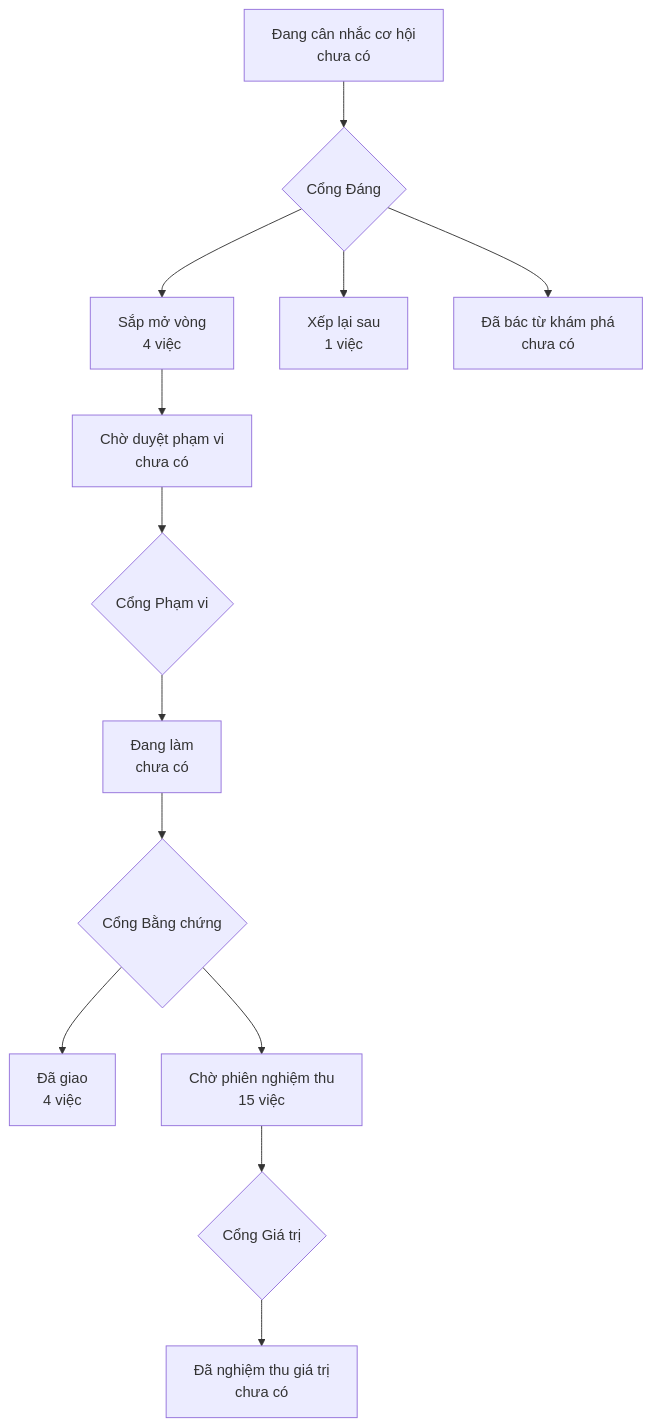
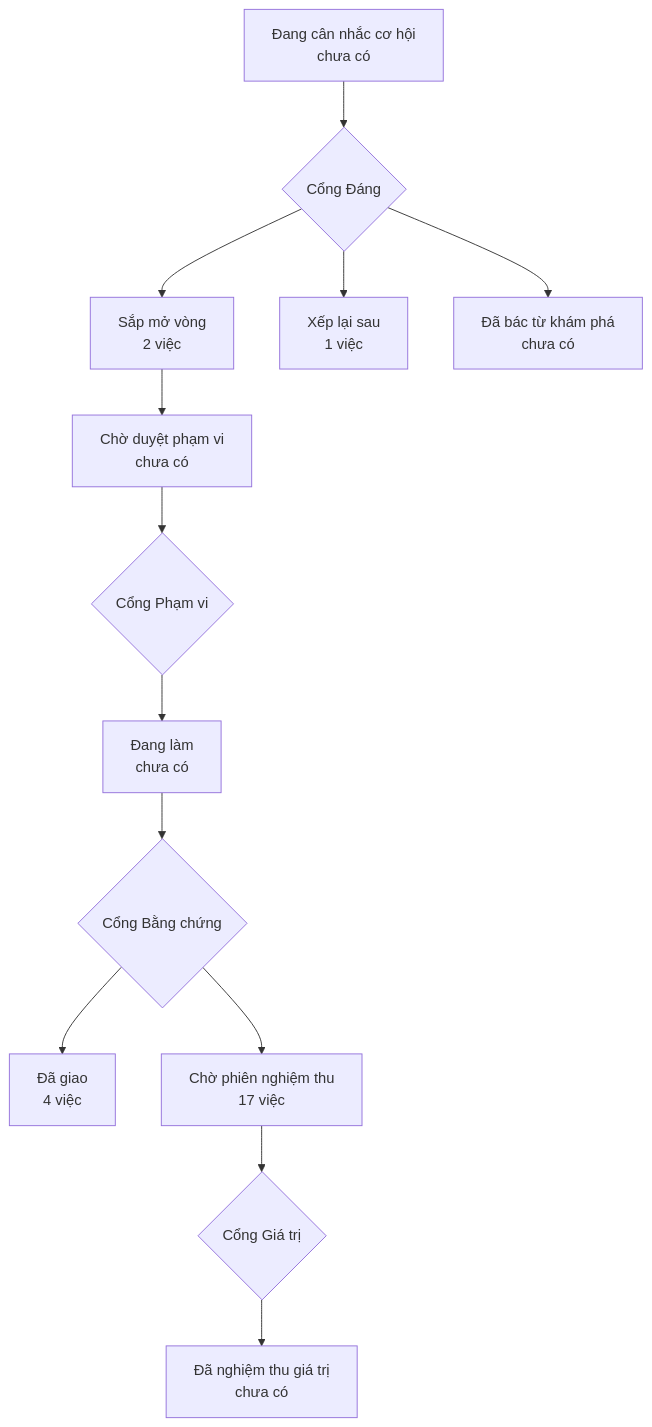
Before and after one commit to phanlemanh/onehub-quy-hang: the diagram in PRODUCT-MAP.md, drawn with Mermaid. The commit also changed 1 other file, not shown here.

Commit message:
chore(product-map): vẽ lại sau khi gộp main

````diff
--- a/PRODUCT-MAP.md
+++ b/PRODUCT-MAP.md
@@ -7,12 +7,12 @@
 ```mermaid
 flowchart TD
   A["Đang cân nhắc cơ hội<br/>chưa có"] --> GD{"Cổng Đáng"}
-  GD --> B["Sắp mở vòng<br/>4 việc"]
+  GD --> B["Sắp mở vòng<br/>2 việc"]
   GD --> XL["Xếp lại sau<br/>1 việc"]
   GD --> DB["Đã bác từ khám phá<br/>chưa có"]
   B --> CD["Chờ duyệt phạm vi<br/>chưa có"] --> GP{"Cổng Phạm vi"}
   GP --> DL["Đang làm<br/>chưa có"] --> GB{"Cổng Bằng chứng"}
   GB --> DG["Đã giao<br/>4 việc"]
-  GB --> CN["Chờ phiên nghiệm thu<br/>15 việc"] --> GG{"Cổng Giá trị"}
+  GB --> CN["Chờ phiên nghiệm thu<br/>17 việc"] --> GG{"Cổng Giá trị"}
   GG --> NT["Đã nghiệm thu giá trị<br/>chưa có"]
 ```
````
